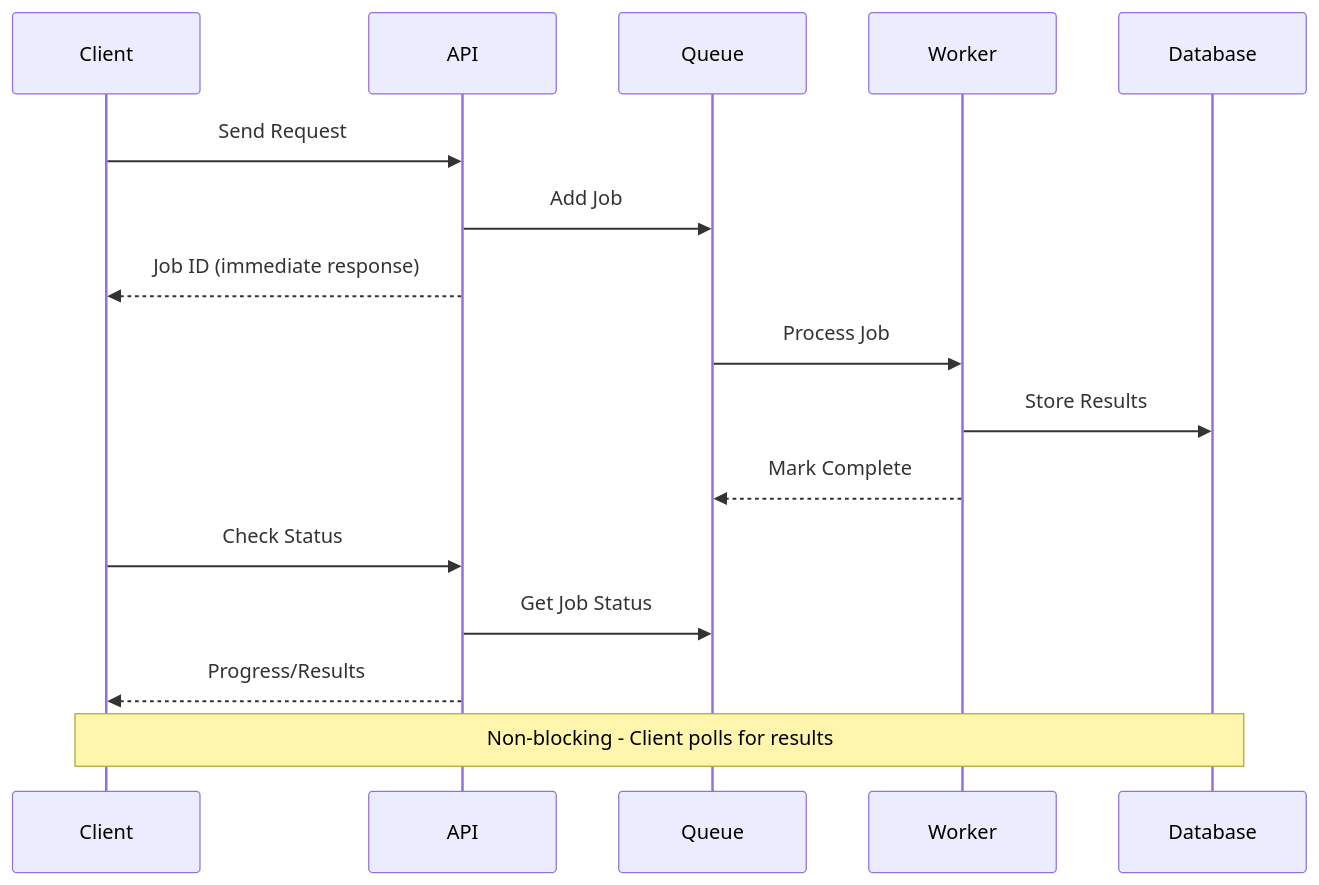
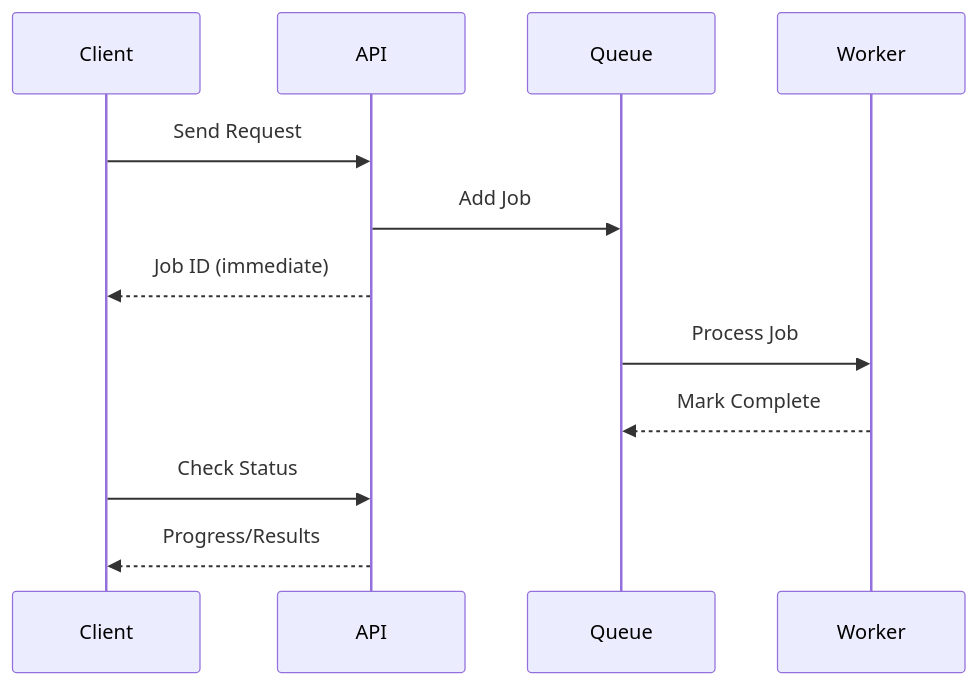
One commit to 17kaushalsingh/Roadmap-Learning changed the third of 9 diagrams in API Design/09_API_Integration_Patterns.md. Above: the diagram before and after it, drawn with Mermaid. The commit also changed other lines of this file, not shown here.

First line of the commit message:
Improve Chapter 09: API Integration Patterns with enhanced formatting and reduced code

````diff
--- a/API Design/09_API_Integration_Patterns.md
+++ b/API Design/09_API_Integration_Patterns.md
@@ -54,22 +85,17 @@
 ```mermaid
 sequenceDiagram
     participant Client
     participant API
     participant Queue
     participant Worker
-    participant Database
 
     Client->>API: Send Request
     API->>Queue: Add Job
-    API-->>Client: Job ID (immediate response)
+    API-->>Client: Job ID (immediate)
 
     Queue->>Worker: Process Job
-    Worker->>Database: Store Results
     Worker-->>Queue: Mark Complete
 
     Client->>API: Check Status
-    API->>Queue: Get Job Status
     API-->>Client: Progress/Results
-
-    Note over Client,Database: Non-blocking - Client polls for results
 ```
````
